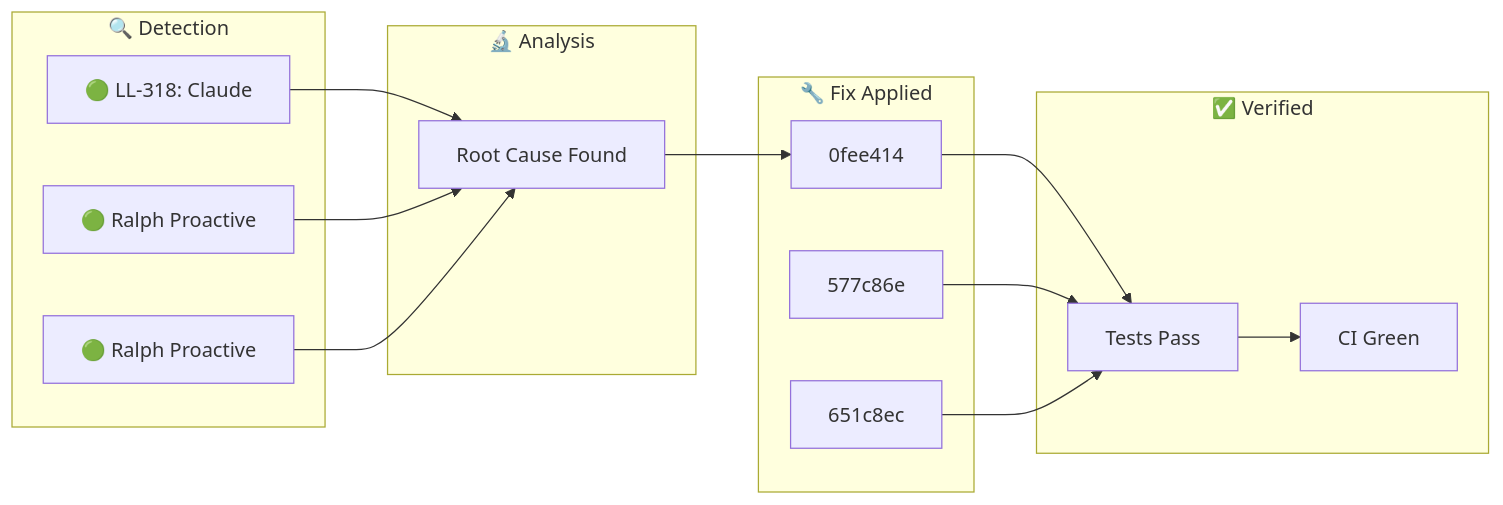
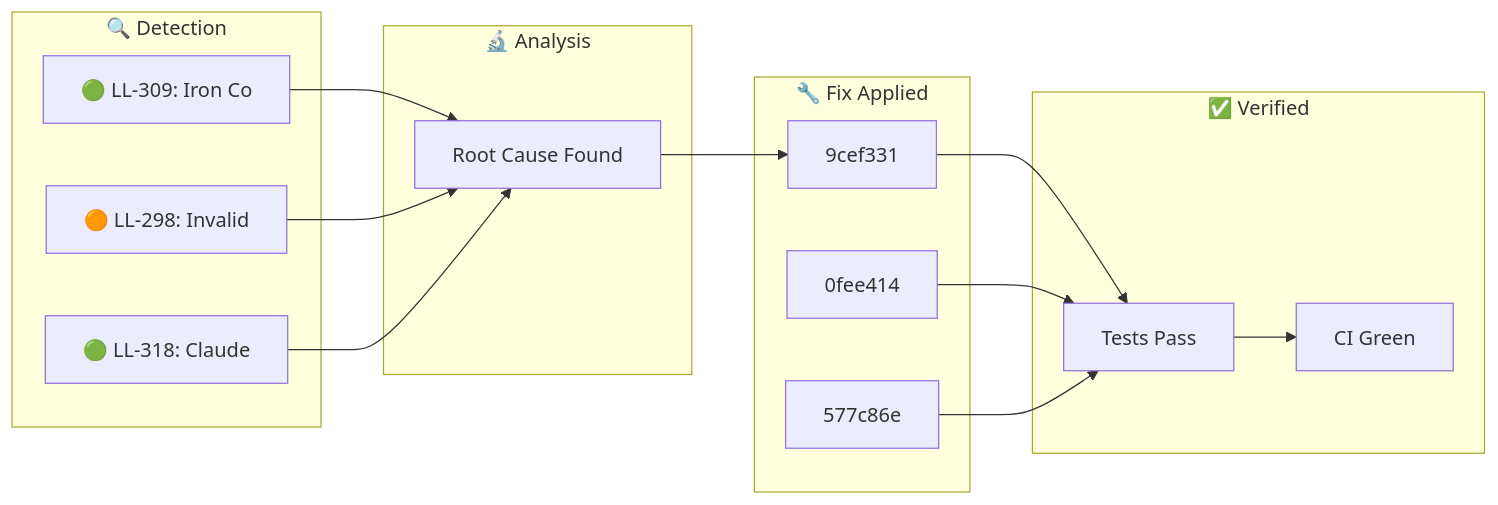
One commit to YoByron/trading changed the diagram in docs/_posts/2026-01-29-ralph-discovery.md. Above: the diagram before and after it, drawn with Mermaid. The commit also changed other lines of this file, not shown here.

Commit message:
docs(ralph): Auto-publish discovery blog post

````diff
--- a/docs/_posts/2026-01-29-ralph-discovery.md
+++ b/docs/_posts/2026-01-29-ralph-discovery.md
@@ -17,28 +17,28 @@
 ```mermaid
 flowchart LR
     subgraph Detection["🔍 Detection"]
-        D1["🟢 LL-318: Claude "]
-        D2["🟢 Ralph Proactive"]
-        D3["🟢 Ralph Proactive"]
+        D1["🟢 LL-309: Iron Co"]
+        D2["🟠 LL-298: Invalid"]
+        D3["🟢 LL-318: Claude "]
     end
     subgraph Analysis["🔬 Analysis"]
         A1["Root Cause Found"]
     end
     subgraph Fix["🔧 Fix Applied"]
-        F1["0fee414"]
-        F2["577c86e"]
-        F3["651c8ec"]
+        F1["9cef331"]
+        F2["0fee414"]
+        F3["577c86e"]
     end
     subgraph Verify["✅ Verified"]
         V1["Tests Pass"]
         V2["CI Green"]
     end
     D1 --> A1
     D2 --> A1
     D3 --> A1
     A1 --> F1
     F1 --> V1
     F2 --> V1
     F3 --> V1
     V1 --> V2
 ```
````
